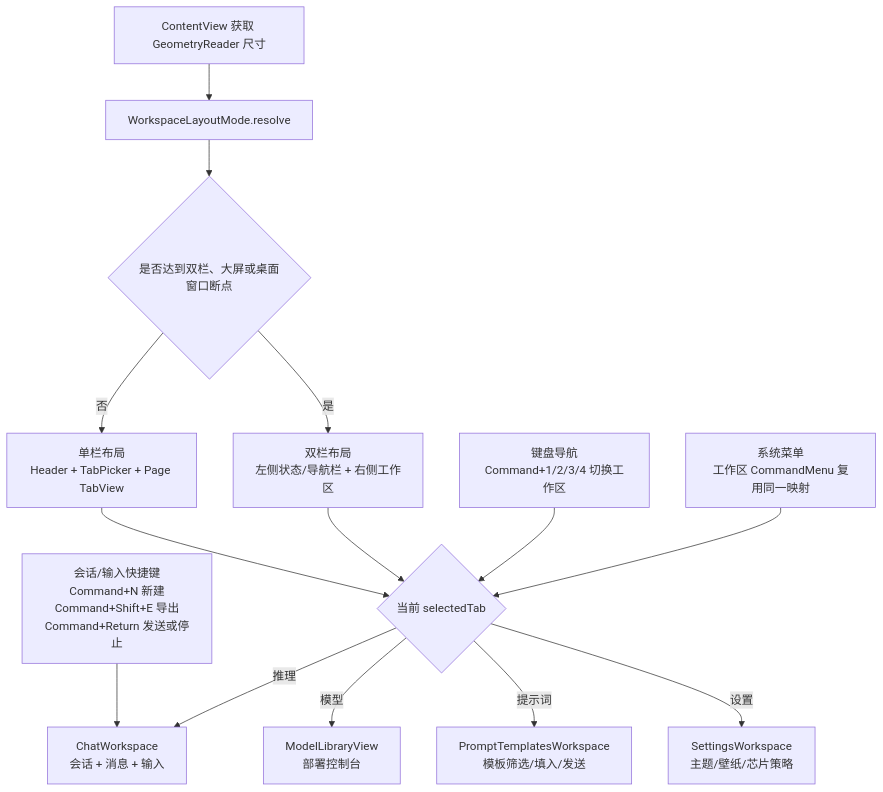
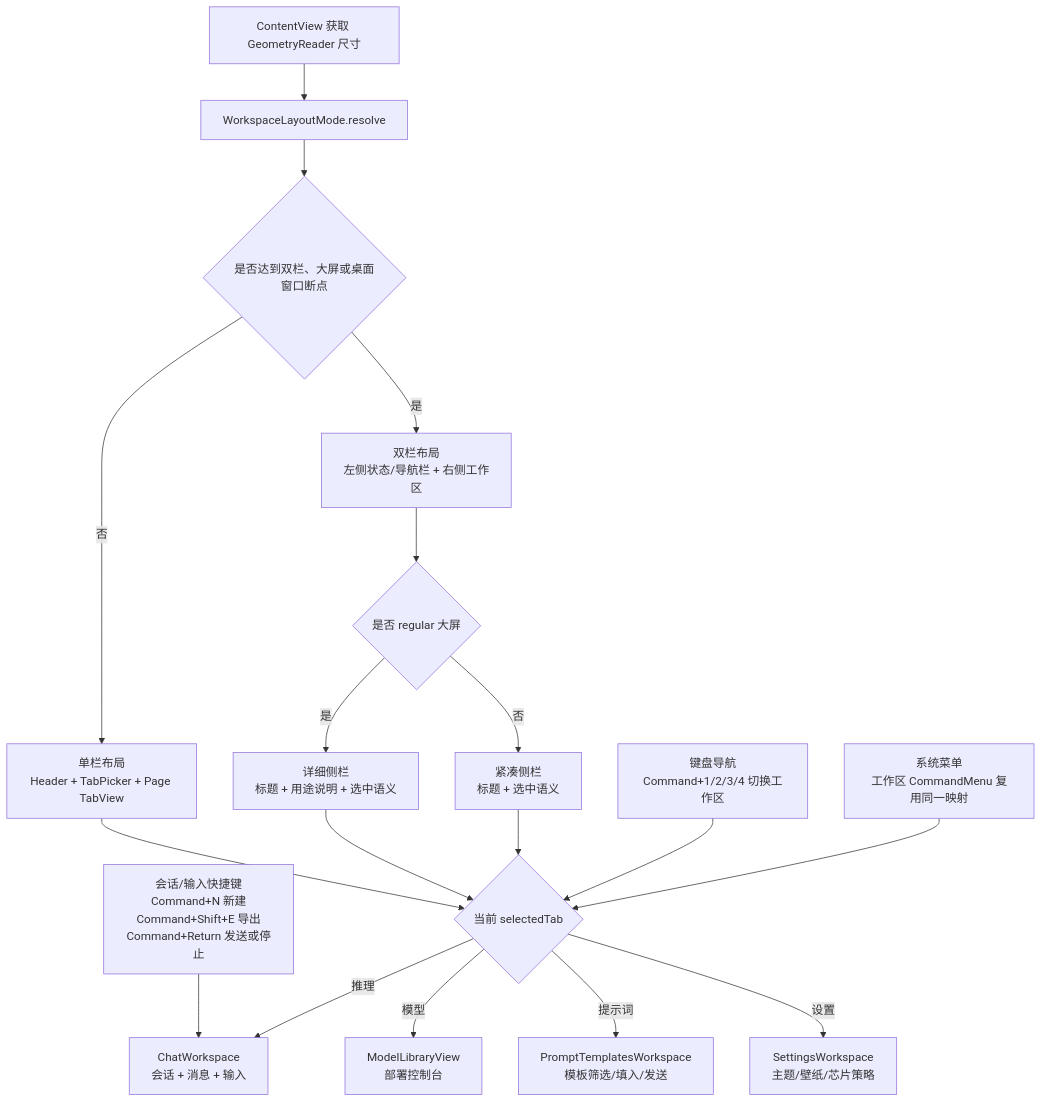
One commit to Altman-sam114/113 changed the fourth of 9 diagrams in md/flow/flowchart.md. Above: the diagram before and after it, drawn with Mermaid. The commit also changed other lines of this file and 8 other files, not shown here.

````diff
--- a/md/flow/flowchart.md
+++ b/md/flow/flowchart.md
@@ -68,16 +68,20 @@
 ```mermaid
 flowchart TD
     A[ContentView 获取 GeometryReader 尺寸] --> B[WorkspaceLayoutMode.resolve]
     B --> C{是否达到双栏、大屏或桌面窗口断点}
     C -- 否 --> D[单栏布局<br/>Header + TabPicker + Page TabView]
     C -- 是 --> E[双栏布局<br/>左侧状态/导航栏 + 右侧工作区]
+    E --> N{是否 regular 大屏}
+    N -- 是 --> O[详细侧栏<br/>标题 + 用途说明 + 选中语义]
+    N -- 否 --> P[紧凑侧栏<br/>标题 + 选中语义]
     D --> F{当前 selectedTab}
-    E --> F
+    O --> F
+    P --> F
     K[键盘导航<br/>Command+1/2/3/4 切换工作区] --> F
     M[系统菜单<br/>工作区 CommandMenu 复用同一映射] --> F
     L[会话/输入快捷键<br/>Command+N 新建<br/>Command+Shift+E 导出<br/>Command+Return 发送或停止] --> G
     F -- 推理 --> G[ChatWorkspace<br/>会话 + 消息 + 输入]
     F -- 模型 --> H[ModelLibraryView<br/>部署控制台]
     F -- 提示词 --> I[PromptTemplatesWorkspace<br/>模板筛选/填入/发送]
     F -- 设置 --> J[SettingsWorkspace<br/>主题/壁纸/芯片策略]
 ```
````
